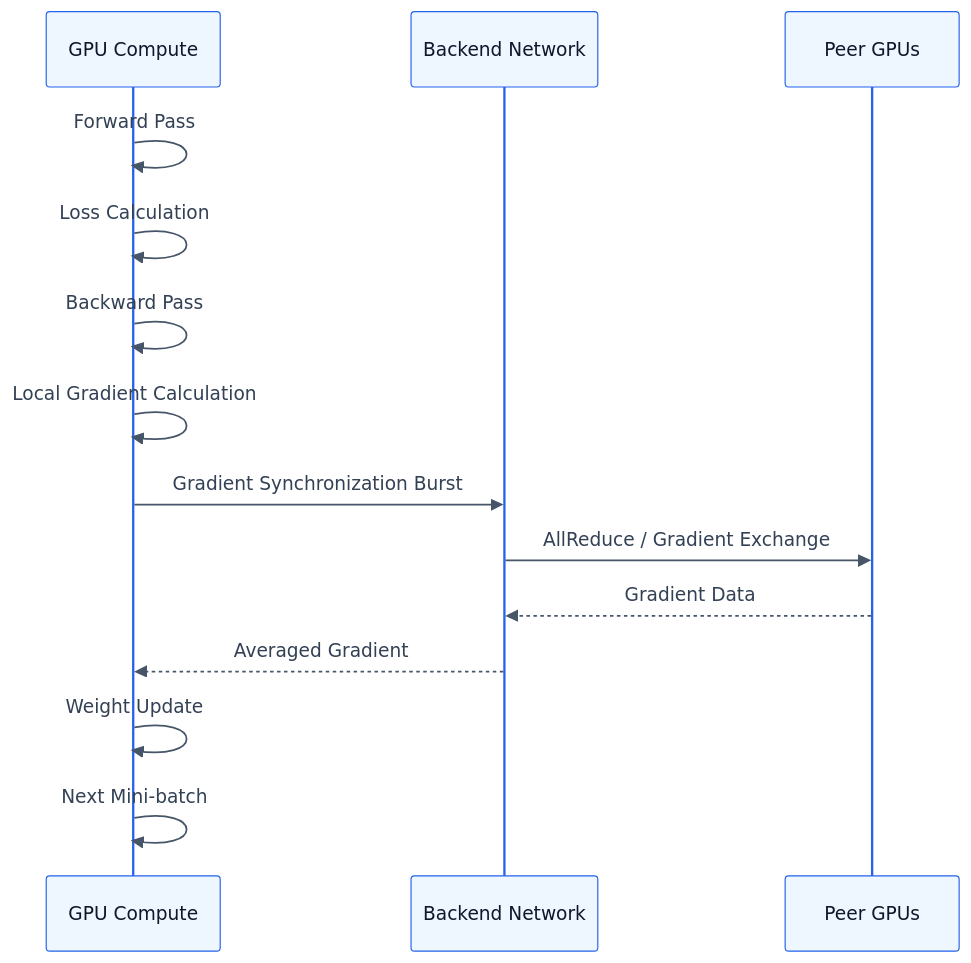
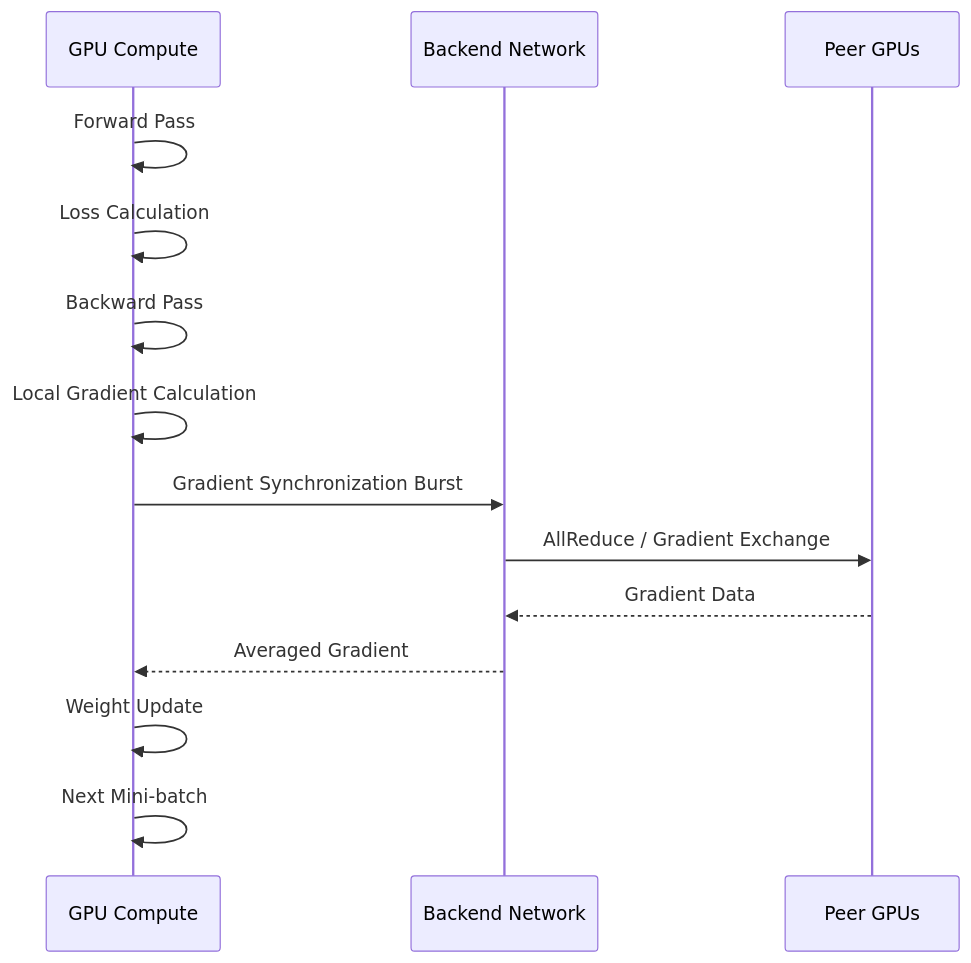
One commit to ziwon/ai-data-center-network changed the ninth of 12 diagrams in deep-learning-for-network-engineers/week01/README.md. Above: the diagram before and after it, drawn with Mermaid. The commit also changed 3 other files, not shown here.

Commit message:
docs: update wiki domain and mermaid guidance

````diff
--- a/deep-learning-for-network-engineers/week01/README.md
+++ b/deep-learning-for-network-engineers/week01/README.md
@@ -348,18 +348,17 @@
 ```mermaid
-%%{init: {"theme": "base", "themeVariables": {"actorBkg": "#eef6ff", "actorBorder": "#2563eb", "actorTextColor": "#0f172a", "signalColor": "#475569", "signalTextColor": "#334155", "activationBkgColor": "#fff7ed", "activationBorderColor": "#ea580c", "noteBkgColor": "#f8fafc", "noteTextColor": "#334155"}}}%%
 sequenceDiagram
     participant GPU as GPU Compute
     participant NET as Backend Network
     participant PEER as Peer GPUs
 
     GPU->>GPU: Forward Pass
     GPU->>GPU: Loss Calculation
     GPU->>GPU: Backward Pass
     GPU->>GPU: Local Gradient Calculation
     GPU->>NET: Gradient Synchronization Burst
     NET->>PEER: AllReduce / Gradient Exchange
     PEER-->>NET: Gradient Data
     NET-->>GPU: Averaged Gradient
     GPU->>GPU: Weight Update
     GPU->>GPU: Next Mini-batch
 ```
````
